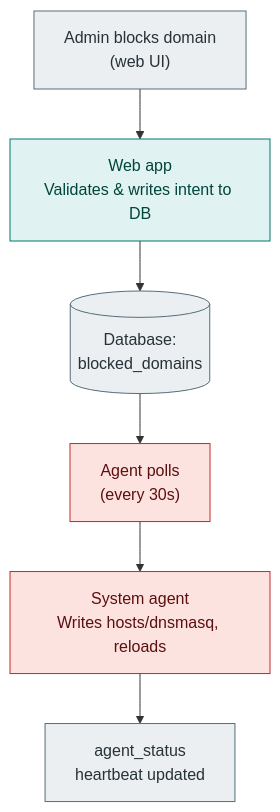
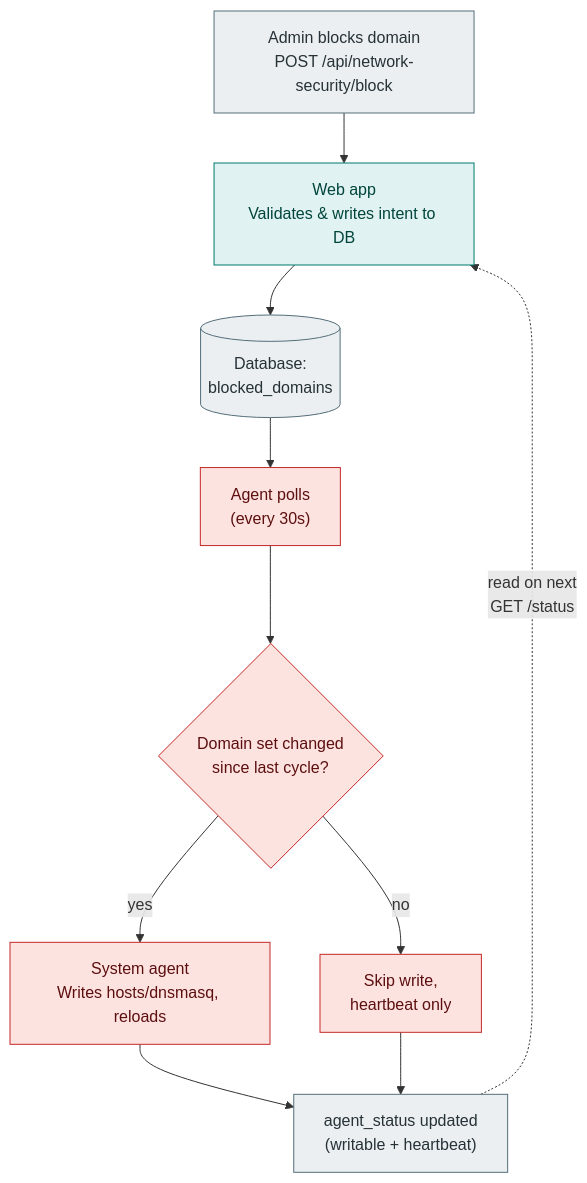
One commit to Dhruv0306/Antivirus changed the second of 4 diagrams in docs/plans/h1-privilege-split-plan.md. Above: the diagram before and after it, drawn with Mermaid. The commit also changed other lines of this file, not shown here.

Commit message:
feat: update diagrams to reflect current implementation and add CI verification pipeline

````diff
--- a/docs/plans/h1-privilege-split-plan.md
+++ b/docs/plans/h1-privilege-split-plan.md
@@ -243,15 +259,19 @@
 ```mermaid
 flowchart TD
-    A["Admin blocks domain<br/>(web UI)"] --> B["Web app<br/>Validates & writes intent to DB"]
+    A["Admin blocks domain<br/>POST /api/network-security/block"] --> B["Web app<br/>Validates & writes intent to DB"]
     B --> C[("Database:<br/>blocked_domains")]
     C --> D["Agent polls<br/>(every 30s)"]
-    D --> E["System agent<br/>Writes hosts/dnsmasq, reloads"]
-    E --> F["agent_status<br/>heartbeat updated"]
+    D --> G{"Domain set changed<br/>since last cycle?"}
+    G -->|"no"| H["Skip write,<br/>heartbeat only"]
+    G -->|"yes"| E["System agent<br/>Writes hosts/dnsmasq, reloads"]
+    E --> F["agent_status updated<br/>(writable + heartbeat)"]
+    H --> F
+    F -.->|"read on next<br/>GET /status"| B
 
     classDef teal fill:#e0f2f1,stroke:#00796b,color:#00453b;
     classDef coral fill:#fde3e0,stroke:#c62828,color:#5c0f0f;
     classDef gray fill:#eceff1,stroke:#546e7a,color:#263238;
     class B teal
-    class D,E coral
+    class D,E,G,H coral
     class A,C,F gray
 ```
````
